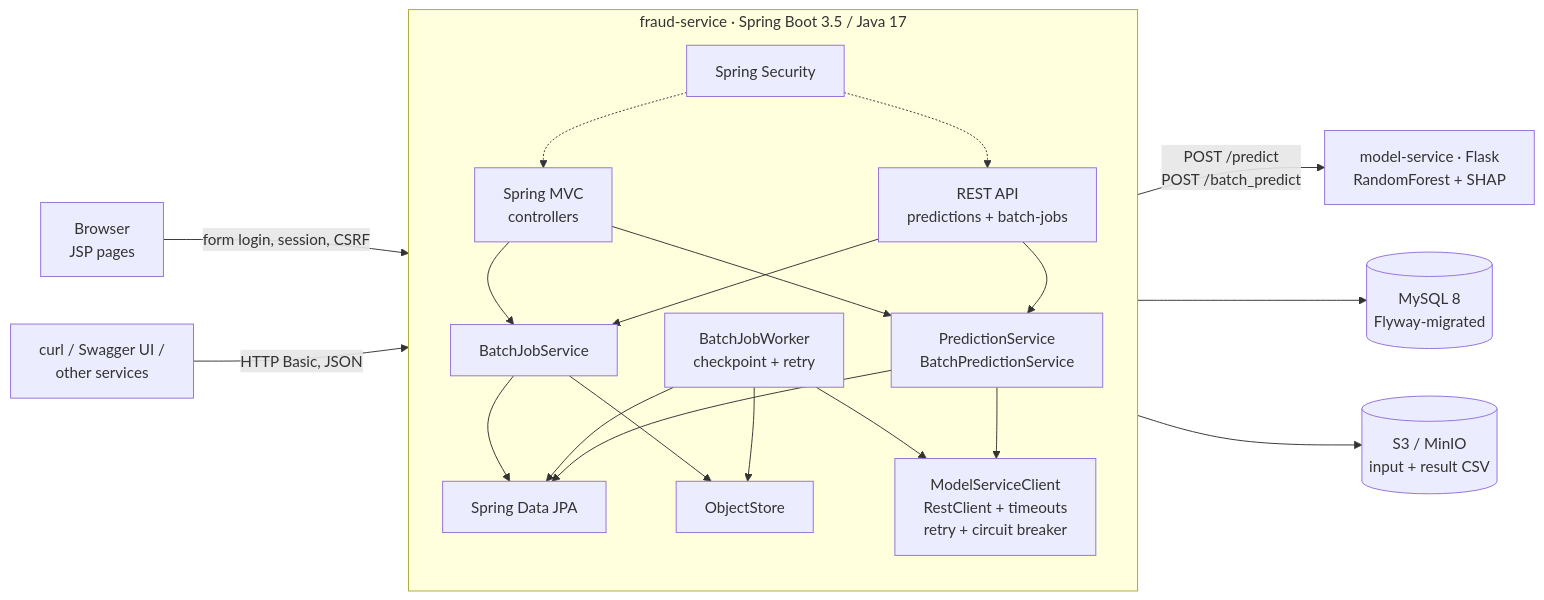
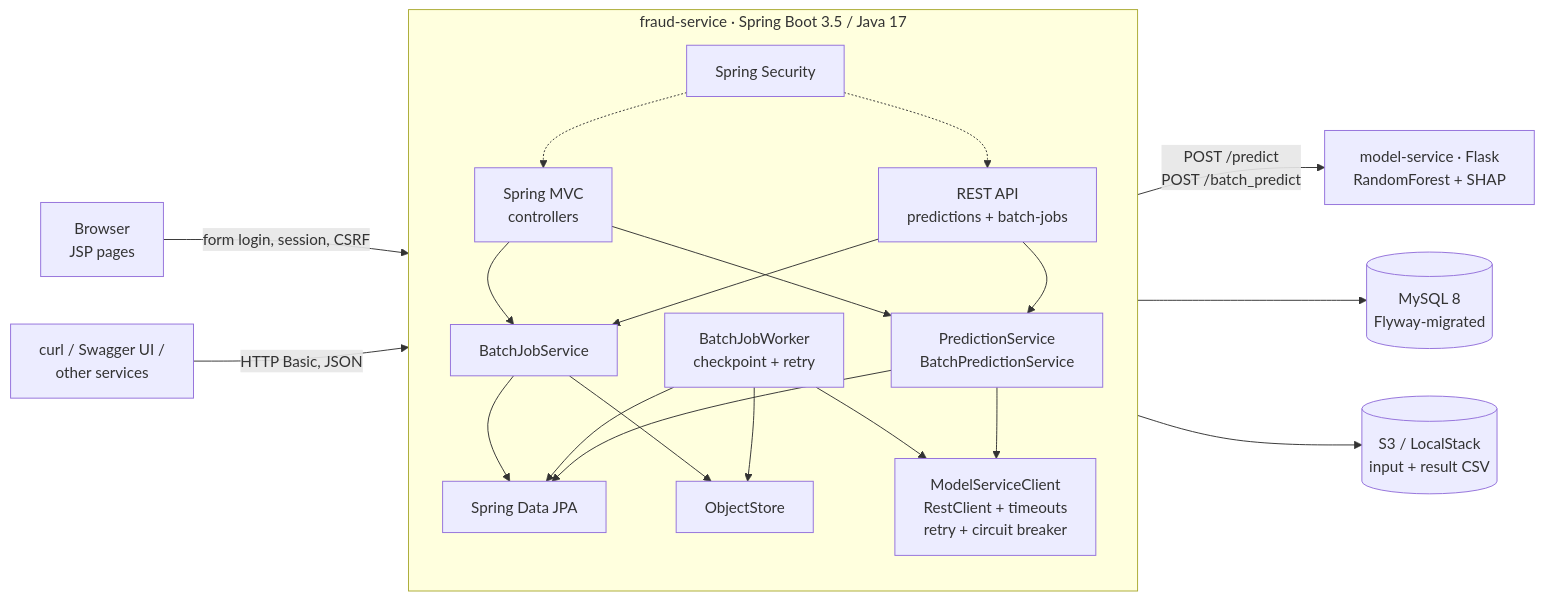
The diagram in README.md (YueCai335/fraud-detection-system), drawn with Mermaid before and after one commit. The commit also changed other lines of this file and 9 other files, not shown here.

First line of the commit message:
fix: swap MinIO for LocalStack as the local object store

````diff
--- a/README.md
+++ b/README.md
@@ -16,26 +16,26 @@
 ```mermaid
 flowchart LR
     B[Browser<br/>JSP pages] -- "form login, session, CSRF" --> FS
     C[curl / Swagger UI /<br/>other services] -- "HTTP Basic, JSON" --> FS
 
     subgraph FS[fraud-service · Spring Boot 3.5 / Java 17]
         direction TB
         MVC[Spring MVC<br/>controllers] --> SVC[PredictionService<br/>BatchPredictionService]
         API[REST API<br/>predictions + batch-jobs] --> SVC
         MVC --> JOB[BatchJobService]
         API --> JOB
         JOB --> JPA
         JOB --> OBJ[ObjectStore]
         W[BatchJobWorker<br/>checkpoint + retry] --> JPA
         W --> CL
         W --> OBJ
         SEC[Spring Security] -.-> MVC
         SEC -.-> API
         SVC --> CL[ModelServiceClient<br/>RestClient + timeouts<br/>retry + circuit breaker]
         SVC --> JPA[Spring Data JPA]
     end
 
     CL -- "POST /predict<br/>POST /batch_predict" --> MS[model-service · Flask<br/>RandomForest + SHAP]
     JPA --> DB[(MySQL 8<br/>Flyway-migrated)]
-    OBJ --> S3[(S3 / MinIO<br/>input + result CSV)]
+    OBJ --> S3[(S3 / LocalStack<br/>input + result CSV)]
 ```
````
